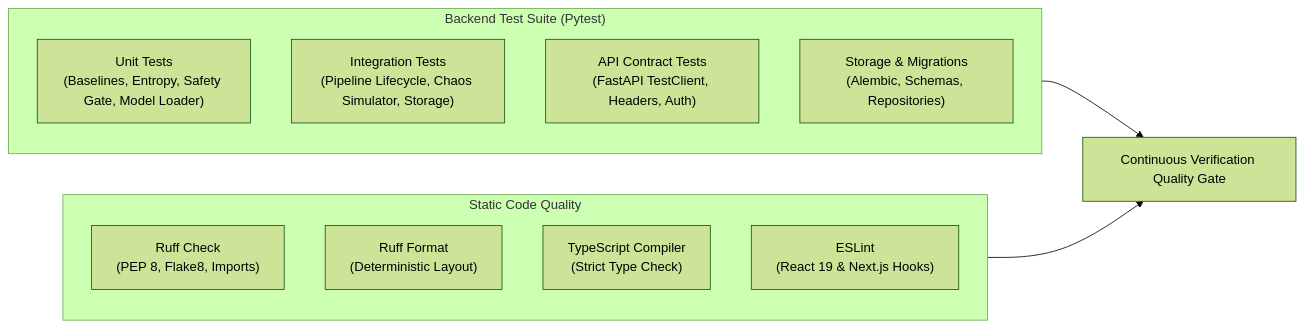
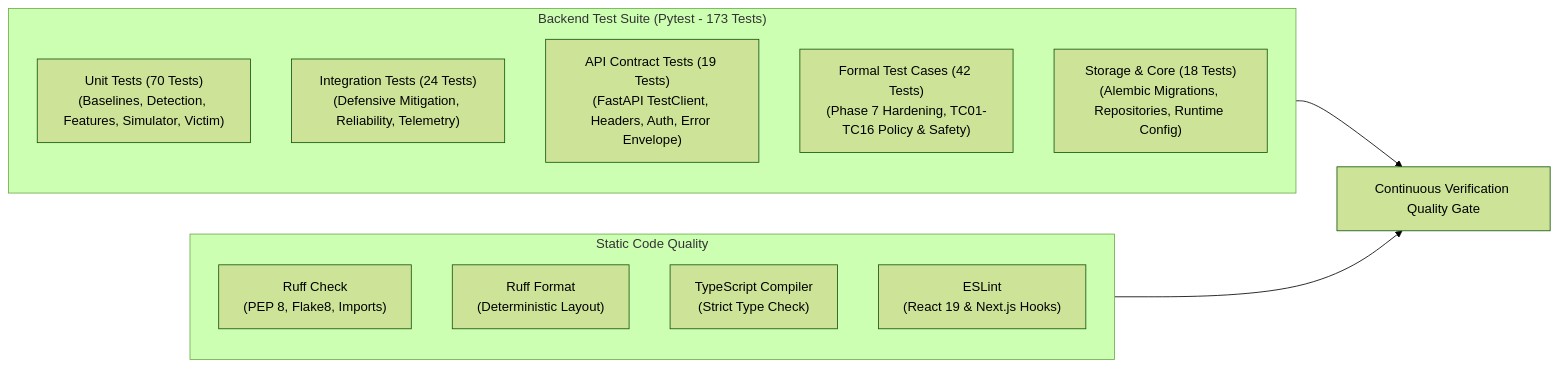
Before and after one commit to alokprasad573/DDoS-Detection-and-Mitigation-Simulator: the diagram in docs/Testing Guide.md, drawn with Mermaid (forest theme). The commit also changed other lines of this file and 7 other files, not shown here.

First line of the commit message:
Update Troubleshooting and API Schemas documentation

````diff
--- a/docs/Testing Guide.md
+++ b/docs/Testing Guide.md
@@ -11,19 +11,20 @@
 ```mermaid
 flowchart LR
-    subgraph Backend_Tests["Backend Test Suite (Pytest)"]
-        Unit["Unit Tests\n(Baselines, Entropy, Safety Gate, Model Loader)"]
-        Integration["Integration Tests\n(Pipeline Lifecycle, Chaos Simulator, Storage)"]
-        API["API Contract Tests\n(FastAPI TestClient, Headers, Auth)"]
-        Storage["Storage & Migrations\n(Alembic, Schemas, Repositories)"]
+    subgraph Backend_Tests["Backend Test Suite (Pytest - 173 Tests)"]
+        Unit["Unit Tests (70 Tests)\n(Baselines, Detection, Features, Simulator, Victim)"]
+        Integration["Integration Tests (24 Tests)\n(Defensive Mitigation, Reliability, Telemetry)"]
+        API["API Contract Tests (19 Tests)\n(FastAPI TestClient, Headers, Auth, Error Envelope)"]
+        TestCases["Formal Test Cases (42 Tests)\n(Phase 7 Hardening, TC01-TC16 Policy & Safety)"]
+        Storage["Storage & Core (18 Tests)\n(Alembic Migrations, Repositories, Runtime Config)"]
     end
 
     subgraph Static_Quality["Static Code Quality"]
         RuffLint["Ruff Check\n(PEP 8, Flake8, Imports)"]
         RuffFormat["Ruff Format\n(Deterministic Layout)"]
         TypeScript["TypeScript Compiler\n(Strict Type Check)"]
         ESLint["ESLint\n(React 19 & Next.js Hooks)"]
     end
 
     Backend_Tests --> QualityGate["Continuous Verification Quality Gate"]
     Static_Quality --> QualityGate
 ```
````
